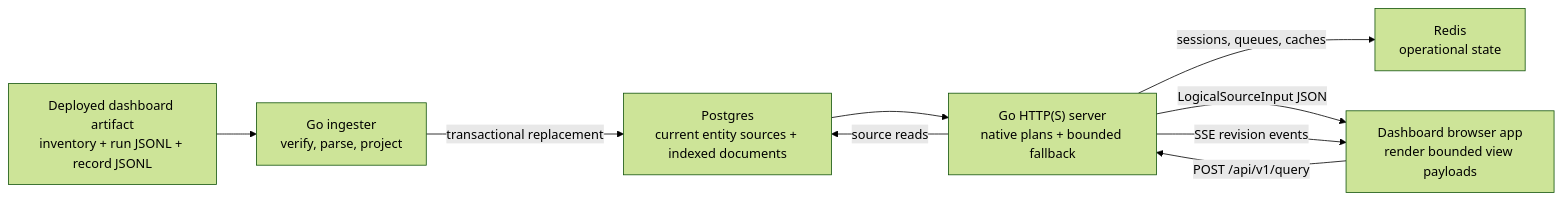
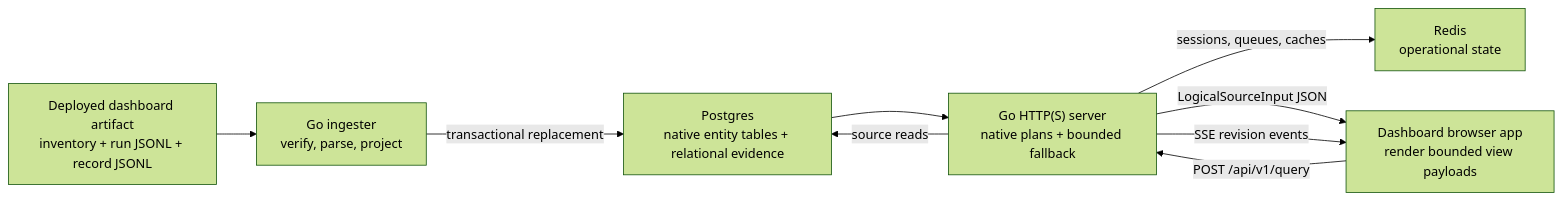
The first of 2 diagrams in server/README.md (githubnext/gh-aw-cao), drawn with Mermaid (forest theme) before and after one commit. The commit also changed other lines of this file and 57 other files, not shown here.

Commit message:
Build fresh TypeSpec-backed Postgres storage and native SQL queries

````diff
--- a/server/README.md
+++ b/server/README.md
@@ -234,18 +210,18 @@
 ```mermaid
 flowchart LR
   Artifact["Deployed dashboard artifact<br/>inventory + run JSONL + record JSONL"]
   Ingest["Go ingester<br/>verify, parse, project"]
-  Postgres["Postgres<br/>current entity sources + indexed documents"]
+  Postgres["Postgres<br/>native entity tables + relational evidence"]
   Redis["Redis<br/>operational state"]
   API["Go HTTP(S) server<br/>native plans + bounded fallback"]
   Browser["Dashboard browser app<br/>render bounded view payloads"]
 
   Artifact --> Ingest
   Ingest -->|"transactional replacement"| Postgres
   Postgres --> API
   Browser -->|"POST /api/v1/query"| API
   API -->|"source reads"| Postgres
   API -->|"sessions, queues, caches"| Redis
   API -->|"LogicalSourceInput JSON"| Browser
   API -->|"SSE revision events"| Browser
 ```
````
